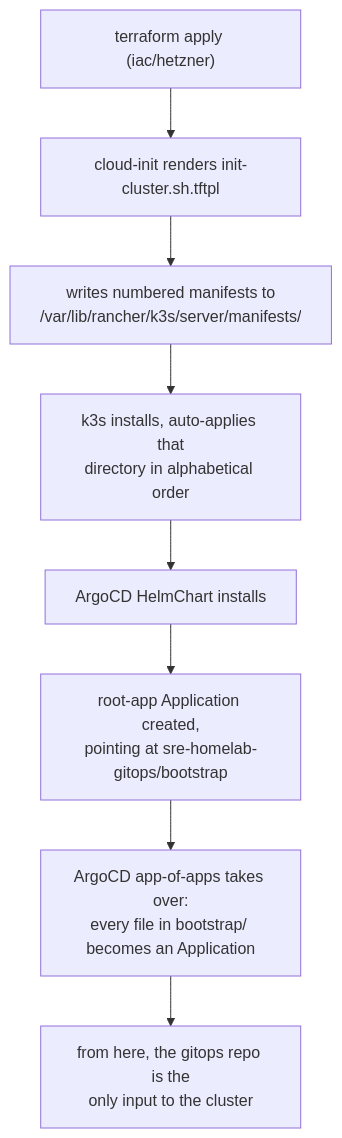
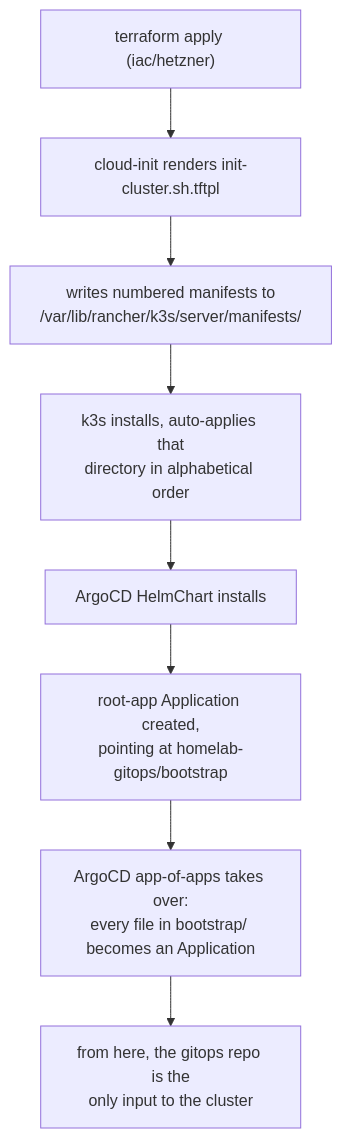
Before and after one commit to sbhiii/homelab: the first of 2 diagrams in docs/architecture.md, drawn with Mermaid. The commit also changed other lines of this file and 5 other files, not shown here.

````diff
--- a/docs/architecture.md
+++ b/docs/architecture.md
@@ -39,10 +39,10 @@
 ```mermaid
 flowchart TD
     A["terraform apply (iac/hetzner)"] --> B["cloud-init renders init-cluster.sh.tftpl"]
     B --> C["writes numbered manifests to\n/var/lib/rancher/k3s/server/manifests/"]
     C --> D["k3s installs, auto-applies that\ndirectory in alphabetical order"]
     D --> E["ArgoCD HelmChart installs"]
-    E --> F["root-app Application created,\npointing at sre-homelab-gitops/bootstrap"]
+    E --> F["root-app Application created,\npointing at homelab-gitops/bootstrap"]
     F --> G["ArgoCD app-of-apps takes over:\nevery file in bootstrap/ becomes an Application"]
     G --> H["from here, the gitops repo is the\nonly input to the cluster"]
 ```
````
